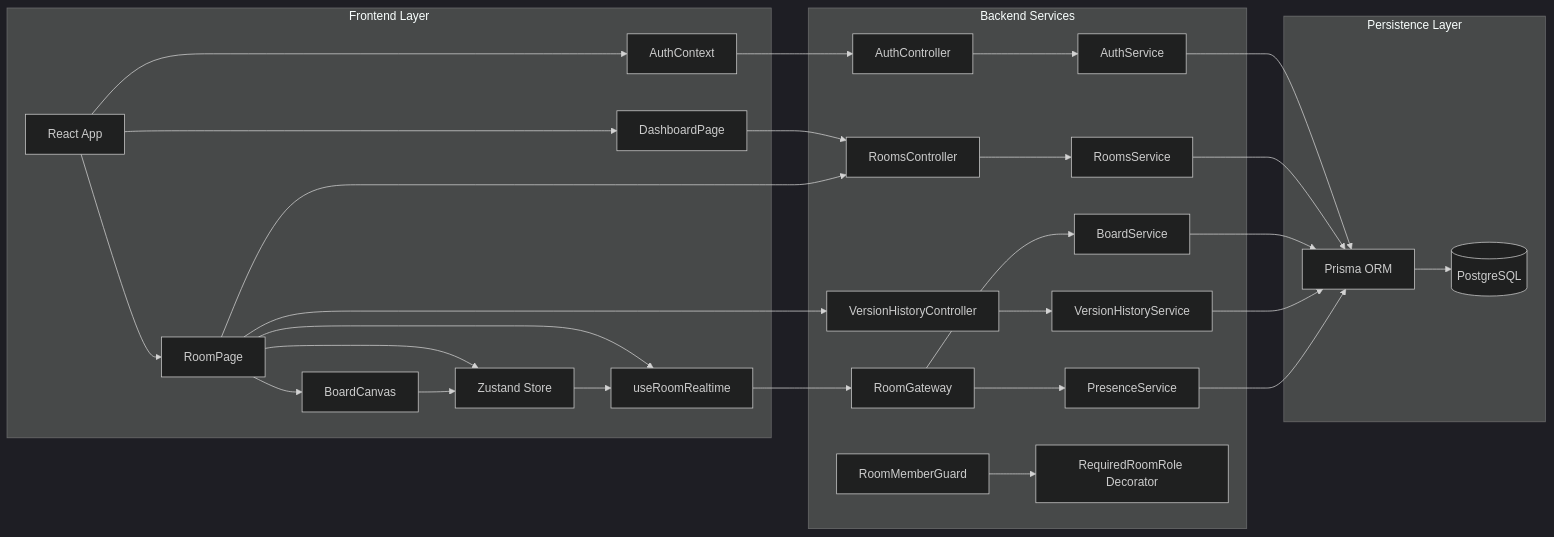
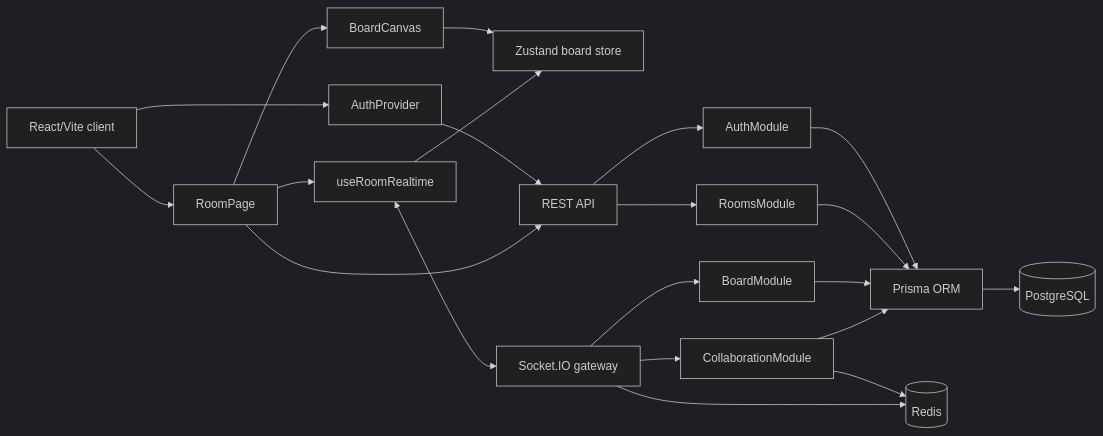
One commit to phapsucongu/white-board changed the first of 19 diagrams in REPO_REPORT.md. Above: the diagram before and after it, drawn with Mermaid (dark theme). The commit also changed other lines of this file, not shown here.

````diff
--- a/REPO_REPORT.md
+++ b/REPO_REPORT.md
@@ -97,57 +54,39 @@
 ```mermaid
 flowchart LR
-  subgraph Client[Frontend Layer]
-    A[React App]
-    B[AuthContext]
-    C[DashboardPage]
-    D[RoomPage]
-    E[BoardCanvas]
-    F[Zustand Store]
-    G[useRoomRealtime]
-  end
+  Browser[React/Vite client]
+  AuthCtx[AuthProvider]
+  RoomPage[RoomPage]
+  Canvas[BoardCanvas]
+  Store[Zustand board store]
+  RT[useRoomRealtime]
+  REST[REST API]
+  WS[Socket.IO gateway]
+  Auth[AuthModule]
+  Rooms[RoomsModule]
+  Board[BoardModule]
+  Collab[CollaborationModule]
+  Prisma[Prisma ORM]
+  PG[(PostgreSQL)]
+  Redis[(Redis)]
 
-  subgraph Backend[Backend Services]
-    H[AuthController]
-    I[RoomsController]
-    J[VersionHistoryController]
-    K[RoomGateway]
-    L[AuthService]
-    M[RoomsService]
-    N[BoardService]
-    O[VersionHistoryService]
-    P[PresenceService]
-    Q[RoomMemberGuard]
-    R[RequiredRoomRole Decorator]
-  end
-
-  subgraph Data[Persistence Layer]
-    S[(PostgreSQL)]
-    T[Prisma ORM]
-  end
-
-  A --> B
-  A --> C
-  A --> D
-  D --> E
-  D --> F
-  D --> G
-  E --> F
-  F --> G
-  B --> H
-  C --> I
-  D --> I
-  D --> J
-  G --> K
-  H --> L
-  I --> M
-  J --> O
-  K --> N
-  K --> P
-  Q --> R
-  L --> T
-  M --> T
-  N --> T
-  O --> T
-  P --> T
-  T --> S
+  Browser --> AuthCtx
+  Browser --> RoomPage
+  RoomPage --> Canvas
+  Canvas --> Store
+  RoomPage --> RT
+  RT --> Store
+  AuthCtx --> REST
+  RoomPage --> REST
+  RT <--> WS
+  REST --> Auth
+  REST --> Rooms
+  WS --> Board
+  WS --> Collab
+  Auth --> Prisma
+  Rooms --> Prisma
+  Board --> Prisma
+  Collab --> Prisma
+  Collab --> Redis
+  WS --> Redis
+  Prisma --> PG
 ```
````
